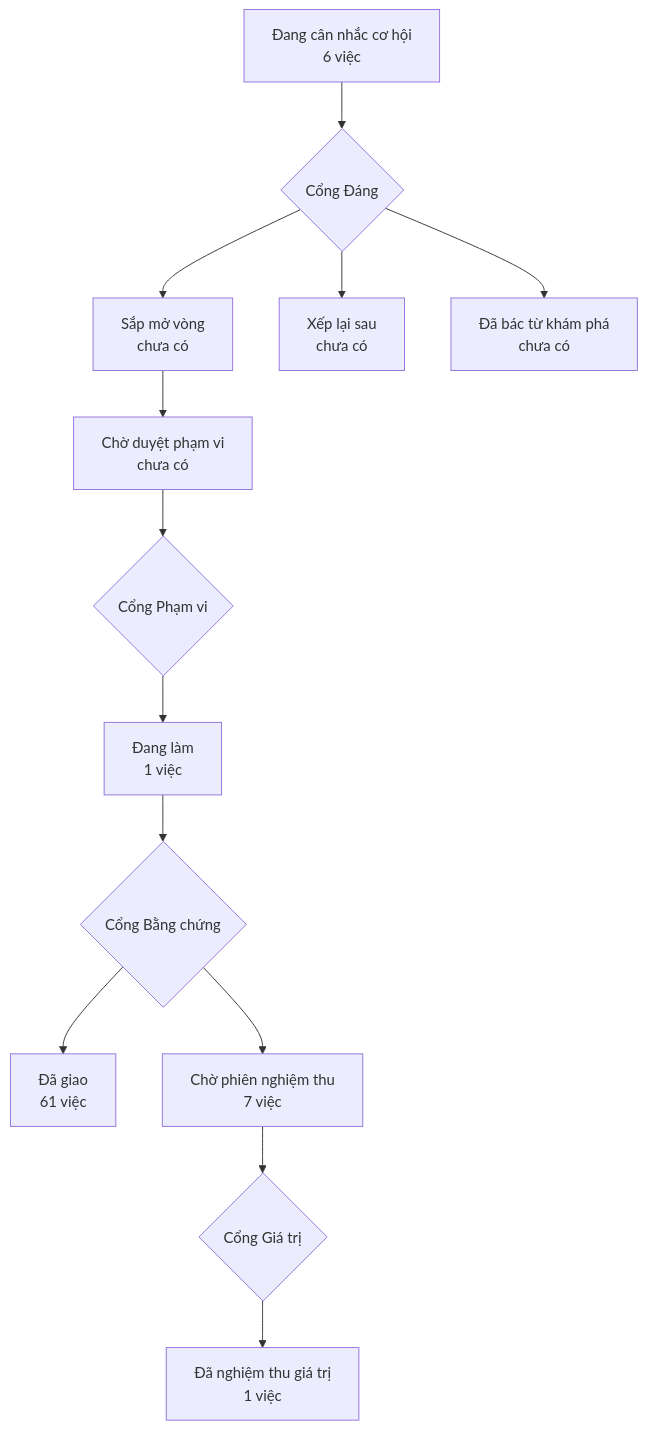
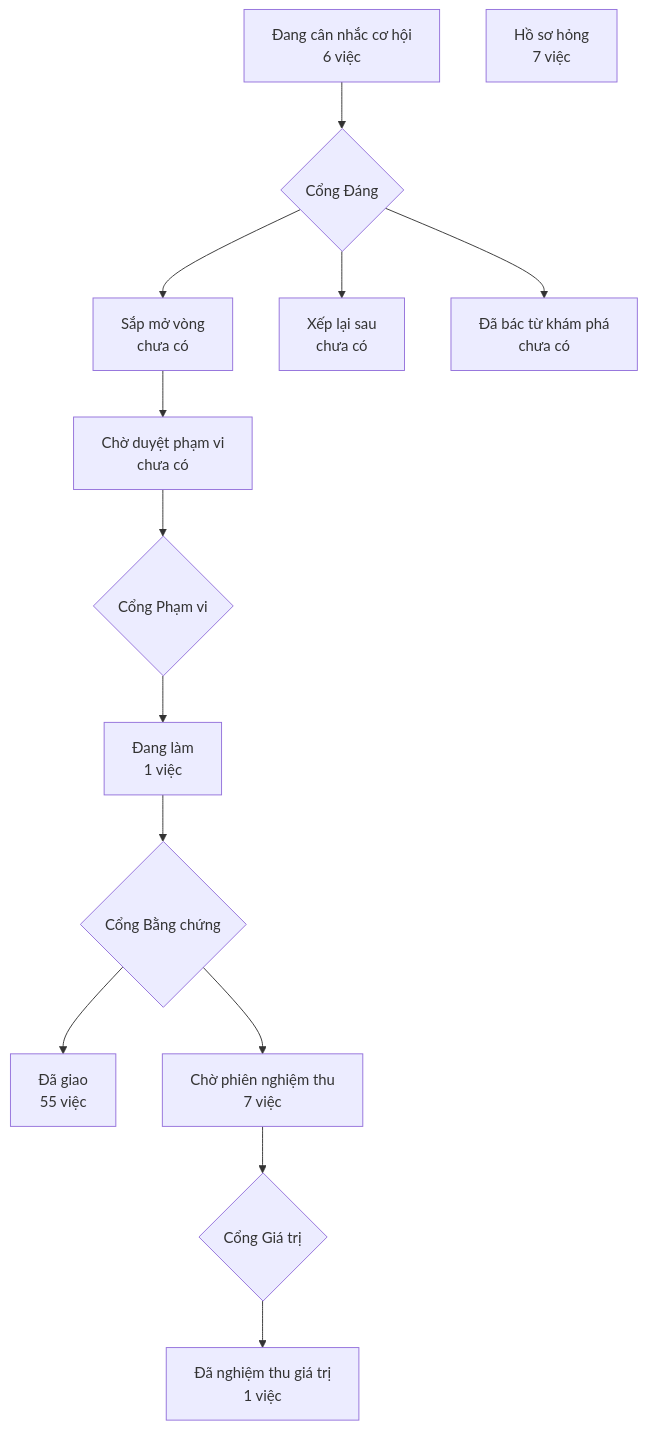
Before and after one commit to phanlemanh/crm-onehub: the diagram in PRODUCT-MAP.md, drawn with Mermaid. The commit also changed other lines of this file and 2 other files, not shown here.

````diff
--- a/PRODUCT-MAP.md
+++ b/PRODUCT-MAP.md
@@ -6,12 +6,13 @@
 ```mermaid
 flowchart TD
   A["Đang cân nhắc cơ hội<br/>6 việc"] --> GD{"Cổng Đáng"}
   GD --> B["Sắp mở vòng<br/>chưa có"]
   GD --> XL["Xếp lại sau<br/>chưa có"]
   GD --> DB["Đã bác từ khám phá<br/>chưa có"]
   B --> CD["Chờ duyệt phạm vi<br/>chưa có"] --> GP{"Cổng Phạm vi"}
   GP --> DL["Đang làm<br/>1 việc"] --> GB{"Cổng Bằng chứng"}
-  GB --> DG["Đã giao<br/>61 việc"]
+  GB --> DG["Đã giao<br/>55 việc"]
   GB --> CN["Chờ phiên nghiệm thu<br/>7 việc"] --> GG{"Cổng Giá trị"}
   GG --> NT["Đã nghiệm thu giá trị<br/>1 việc"]
+  HS["Hồ sơ hỏng<br/>7 việc"]
 ```
````
